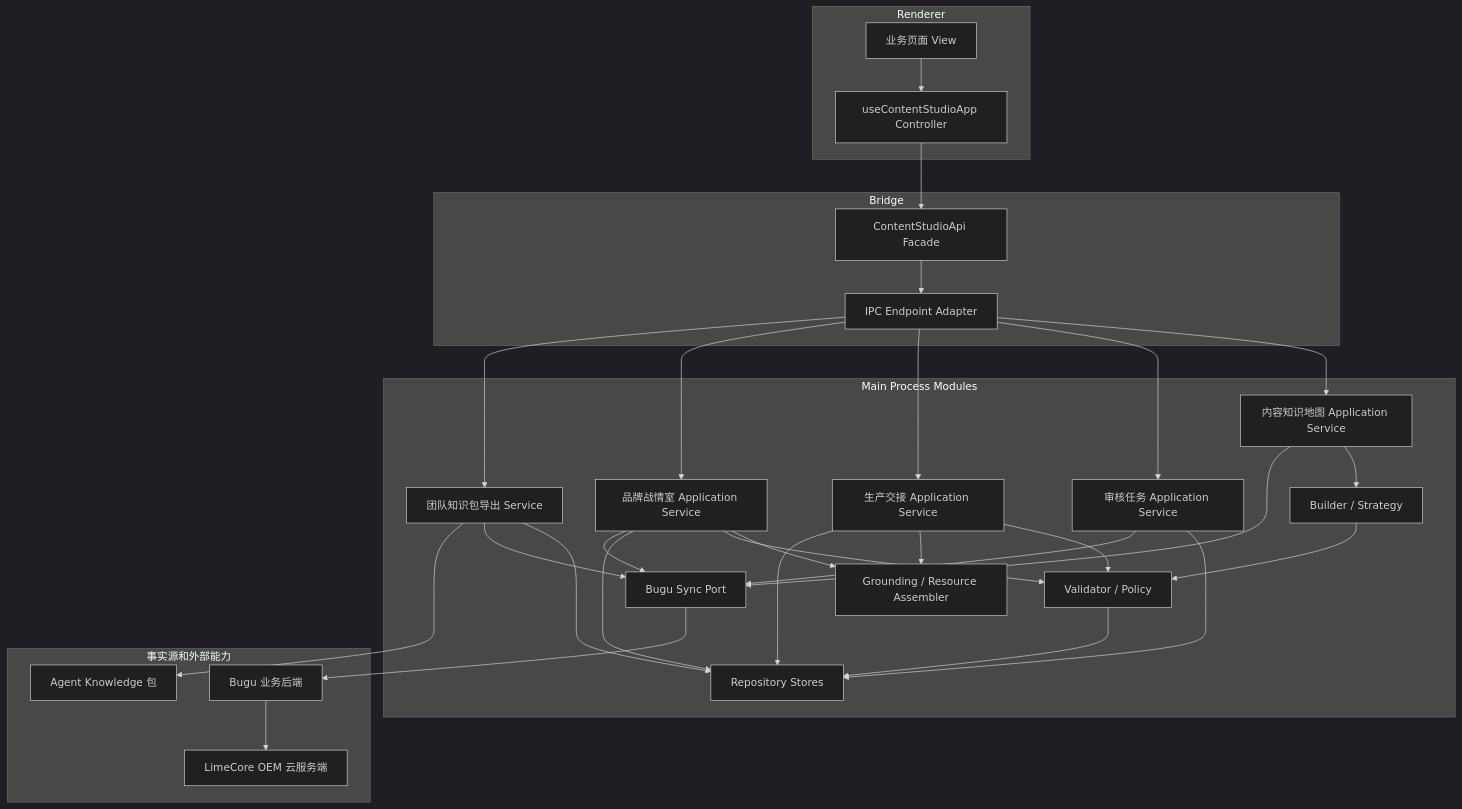
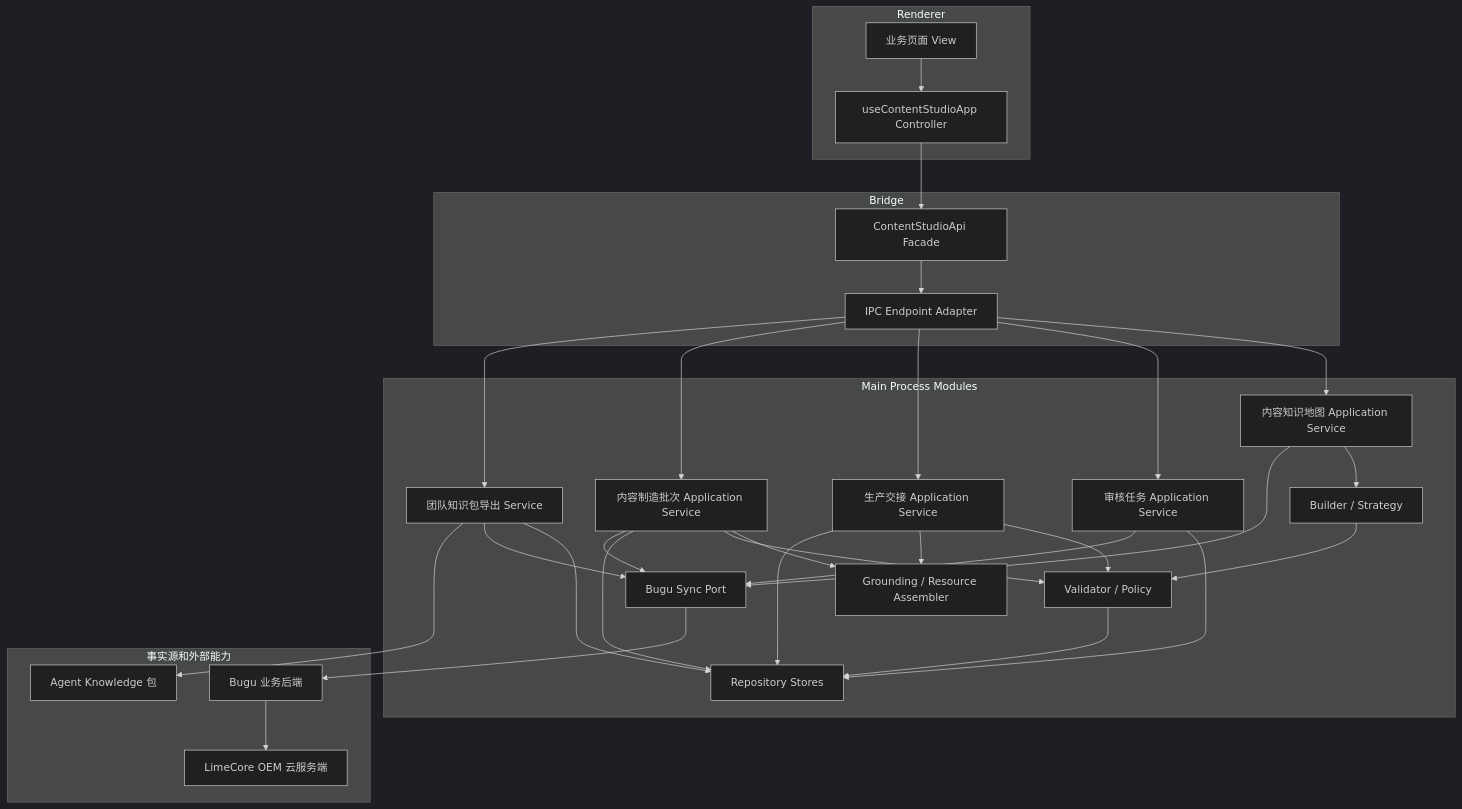
Before and after one commit to limecloud/content-studio: the first of 4 diagrams in docs/roadmap/ontology/v1/module-design.md, drawn with Mermaid (dark theme). The commit also changed other lines of this file and 117 other files, not shown here.

````diff
--- a/docs/roadmap/ontology/v1/module-design.md
+++ b/docs/roadmap/ontology/v1/module-design.md
@@ -50,57 +50,57 @@
 ```mermaid
 flowchart TB
   subgraph Renderer["Renderer"]
     UI["业务页面 View"]
     Hook["useContentStudioApp Controller"]
   end
 
   subgraph Bridge["Bridge"]
     Preload["ContentStudioApi Facade"]
     IPC["IPC Endpoint Adapter"]
   end
 
   subgraph Main["Main Process Modules"]
     MapApp["内容知识地图 Application Service"]
     ReviewApp["审核任务 Application Service"]
     HandoffApp["生产交接 Application Service"]
-    CommandApp["品牌战情室 Application Service"]
+    BatchApp["内容制造批次 Application Service"]
     ExportApp["团队知识包导出 Service"]
 
     Builder["Builder / Strategy"]
     Validator["Validator / Policy"]
     Assembler["Grounding / Resource Assembler"]
     Stores["Repository Stores"]
     SyncPort["Bugu Sync Port"]
   end
 
   subgraph External["事实源和外部能力"]
     Bugu["Bugu 业务后端"]
     LimeCore["LimeCore OEM 云服务端"]
     AgentKnowledge["Agent Knowledge 包"]
   end
 
   UI --> Hook --> Preload --> IPC
   IPC --> MapApp
   IPC --> ReviewApp
   IPC --> HandoffApp
-  IPC --> CommandApp
+  IPC --> BatchApp
   IPC --> ExportApp
 
   MapApp --> Builder --> Validator --> Stores
   ReviewApp --> Stores
   HandoffApp --> Validator
   HandoffApp --> Assembler
   HandoffApp --> Stores
-  CommandApp --> Assembler
-  CommandApp --> Validator
-  CommandApp --> Stores
+  BatchApp --> Assembler
+  BatchApp --> Validator
+  BatchApp --> Stores
   ExportApp --> Stores
 
   MapApp --> SyncPort
   ReviewApp --> SyncPort
-  CommandApp --> SyncPort
+  BatchApp --> SyncPort
   ExportApp --> SyncPort
   SyncPort --> Bugu
   Bugu --> LimeCore
   ExportApp --> AgentKnowledge
 ```
````
